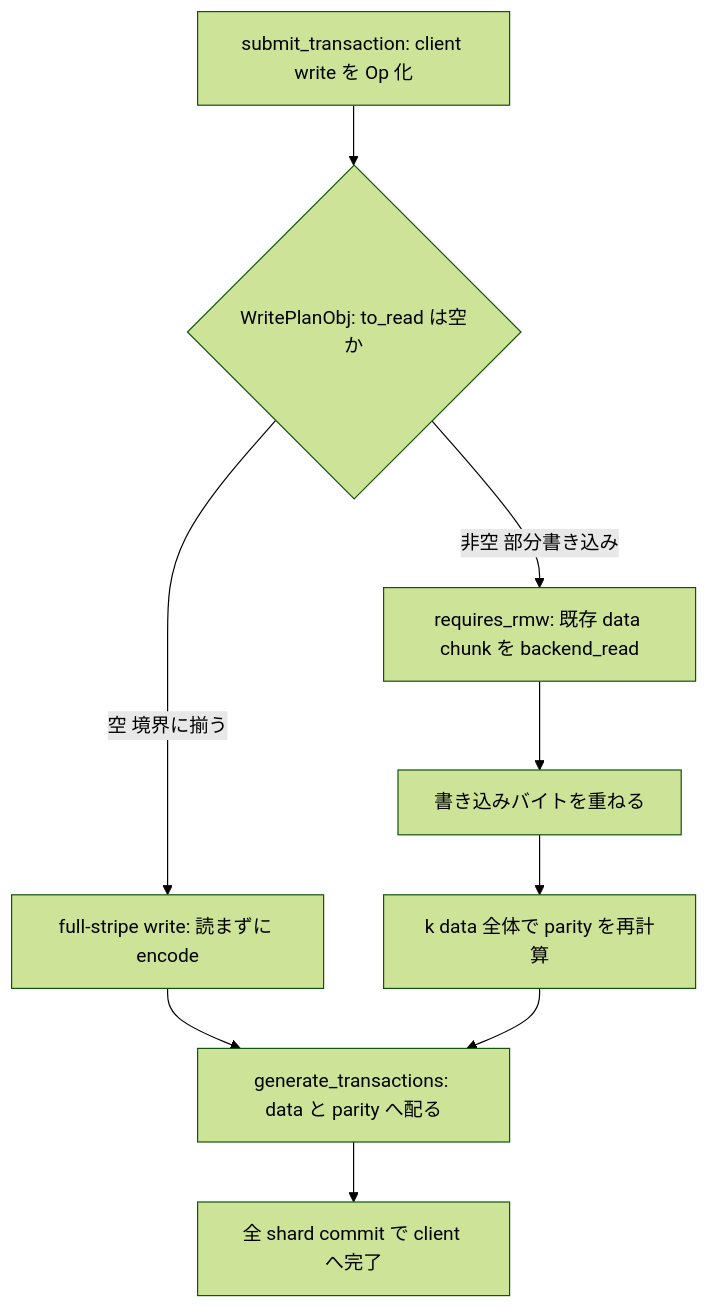
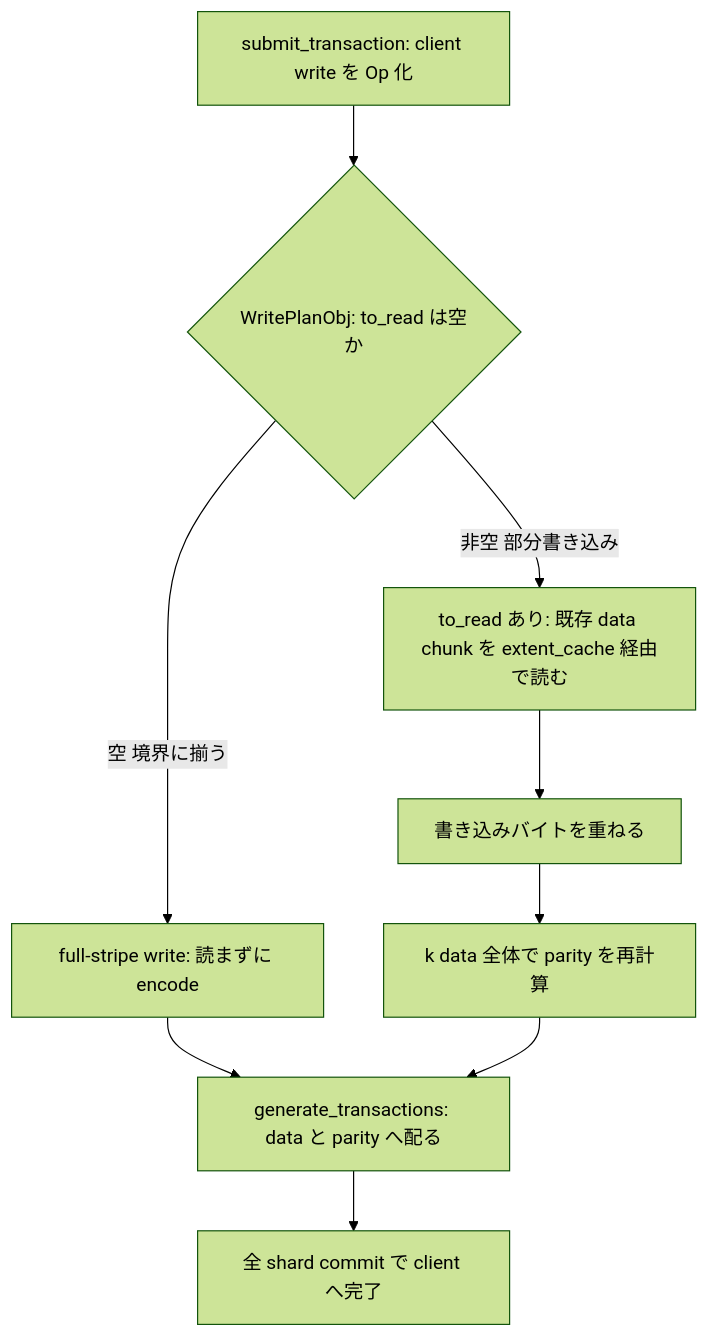
One commit to miyamadoKL/source-code-reading changed the third of 3 diagrams in ceph/part05-osd/15-erasure-code.md. Above: the diagram before and after it, drawn with Mermaid (forest theme). The commit also changed other lines of this file and 2 other files, not shown here.

````diff
--- a/ceph/part05-osd/15-erasure-code.md
+++ b/ceph/part05-osd/15-erasure-code.md
@@ -325,15 +337,15 @@
 ```mermaid
 flowchart TB
   SUB["submit_transaction: client write を Op 化"]
   PLAN{"WritePlanObj: to_read は空か"}
   FULL["full-stripe write: 読まずに encode"]
-  RMW["requires_rmw: 既存 data chunk を backend_read"]
+  RMW["to_read あり: 既存 data chunk を extent_cache 経由で読む"]
   MERGE["書き込みバイトを重ねる"]
   ENC["k data 全体で parity を再計算"]
   TX["generate_transactions: data と parity へ配る"]
   COMMIT["全 shard commit で client へ完了"]
   SUB --> PLAN
   PLAN -->|"空 境界に揃う"| FULL --> TX
   PLAN -->|"非空 部分書き込み"| RMW --> MERGE --> ENC --> TX
   TX --> COMMIT
 ```
````
